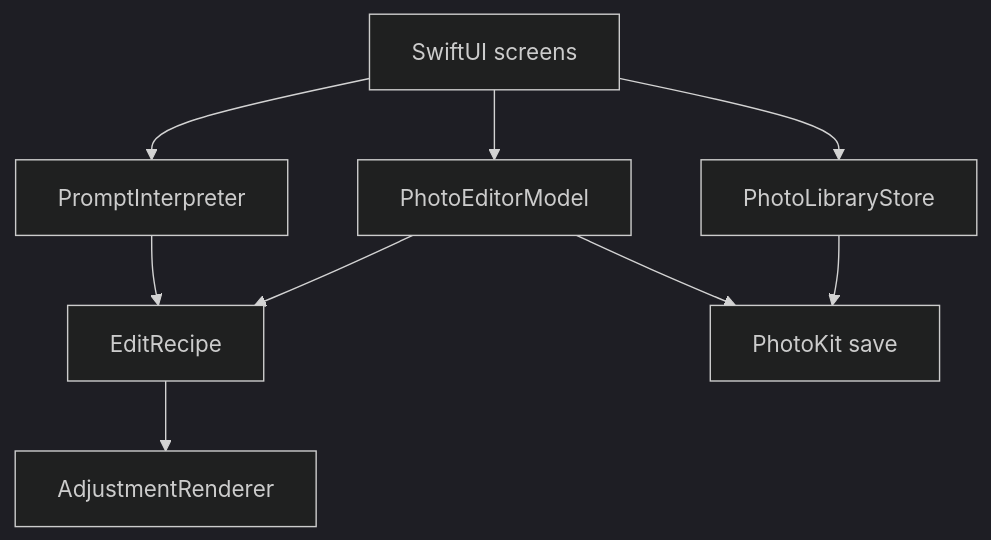
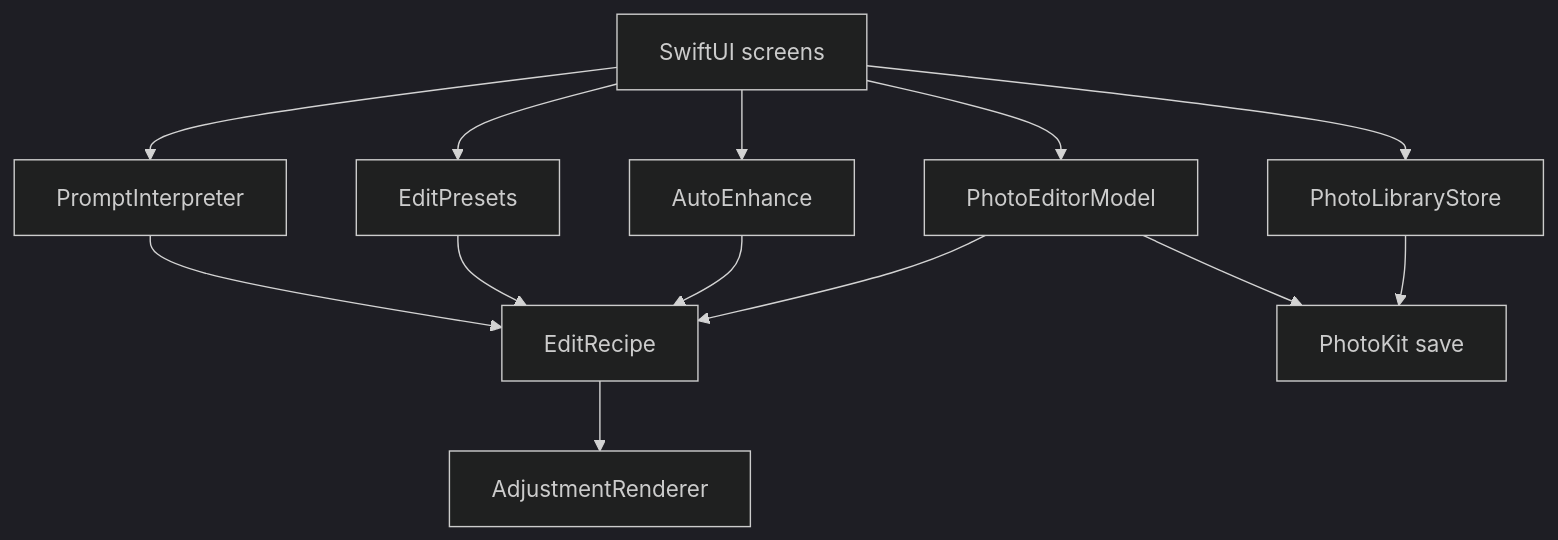
One commit to Yug-More/PixelSense changed the diagram in README.md. Above: the diagram before and after it, drawn with Mermaid (dark theme). The commit also changed other lines of this file and 4 other files, not shown here.

First line of the commit message:
Document smart editing architecture

````diff
--- a/README.md
+++ b/README.md
@@ -54,11 +57,15 @@
 ```mermaid
 flowchart TD
     ui[SwiftUI screens] --> library[PhotoLibraryStore]
     ui --> editor[PhotoEditorModel]
     ui --> prompt[PromptInterpreter]
+    ui --> presets[EditPresets]
+    ui --> enhance[AutoEnhance]
     prompt --> recipe[EditRecipe]
+    presets --> recipe
+    enhance --> recipe
     editor --> recipe
     recipe --> renderer[AdjustmentRenderer]
     editor --> photos[PhotoKit save]
     library --> photos
 ```
````
